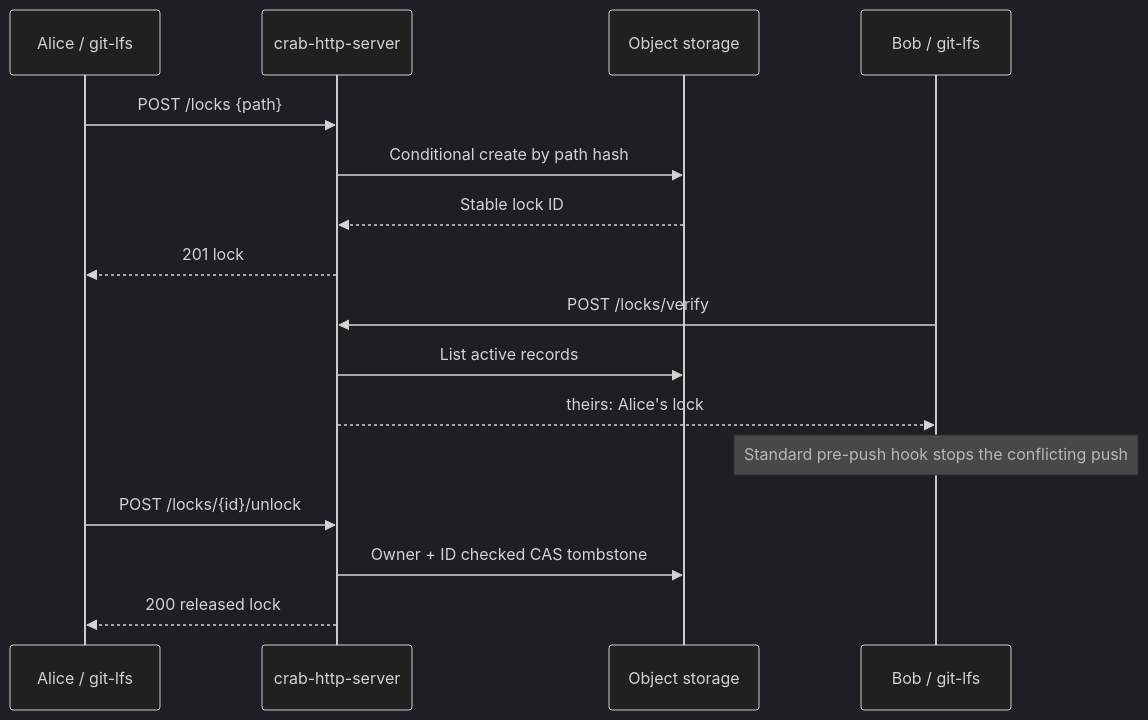
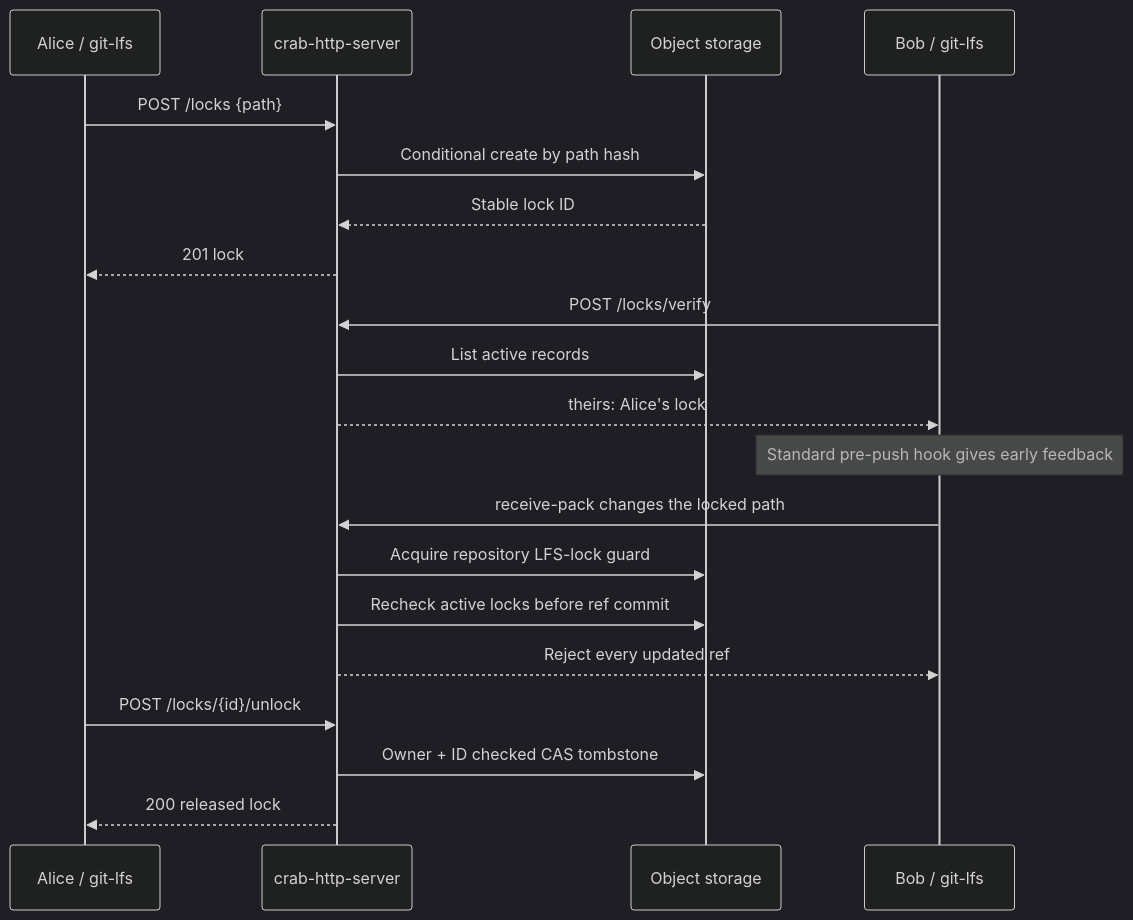
The sixth of 7 diagrams in crates/crab-http-server/REFERENCE.md (crabbuild/crab), drawn with Mermaid (dark theme) before and after one commit. The commit also changed other lines of this file and 14 other files, not shown here.

Commit message:
feat(http-server): enforce LFS locks during receive

````diff
--- a/crates/crab-http-server/REFERENCE.md
+++ b/crates/crab-http-server/REFERENCE.md
@@ -790,19 +790,23 @@
 ```mermaid
 sequenceDiagram
     participant A as Alice / git-lfs
     participant H as crab-http-server
     participant S as Object storage
     participant B as Bob / git-lfs
 
     A->>H: POST /locks {path}
     H->>S: Conditional create by path hash
     S-->>H: Stable lock ID
     H-->>A: 201 lock
     B->>H: POST /locks/verify
     H->>S: List active records
     H-->>B: theirs: Alice's lock
-    Note over B: Standard pre-push hook stops the conflicting push
+    Note over B: Standard pre-push hook gives early feedback
+    B->>H: receive-pack changes the locked path
+    H->>S: Acquire repository LFS-lock guard
+    H->>S: Recheck active locks before ref commit
+    H-->>B: Reject every updated ref
     A->>H: POST /locks/{id}/unlock
     H->>S: Owner + ID checked CAS tombstone
     H-->>A: 200 released lock
 ```
````
